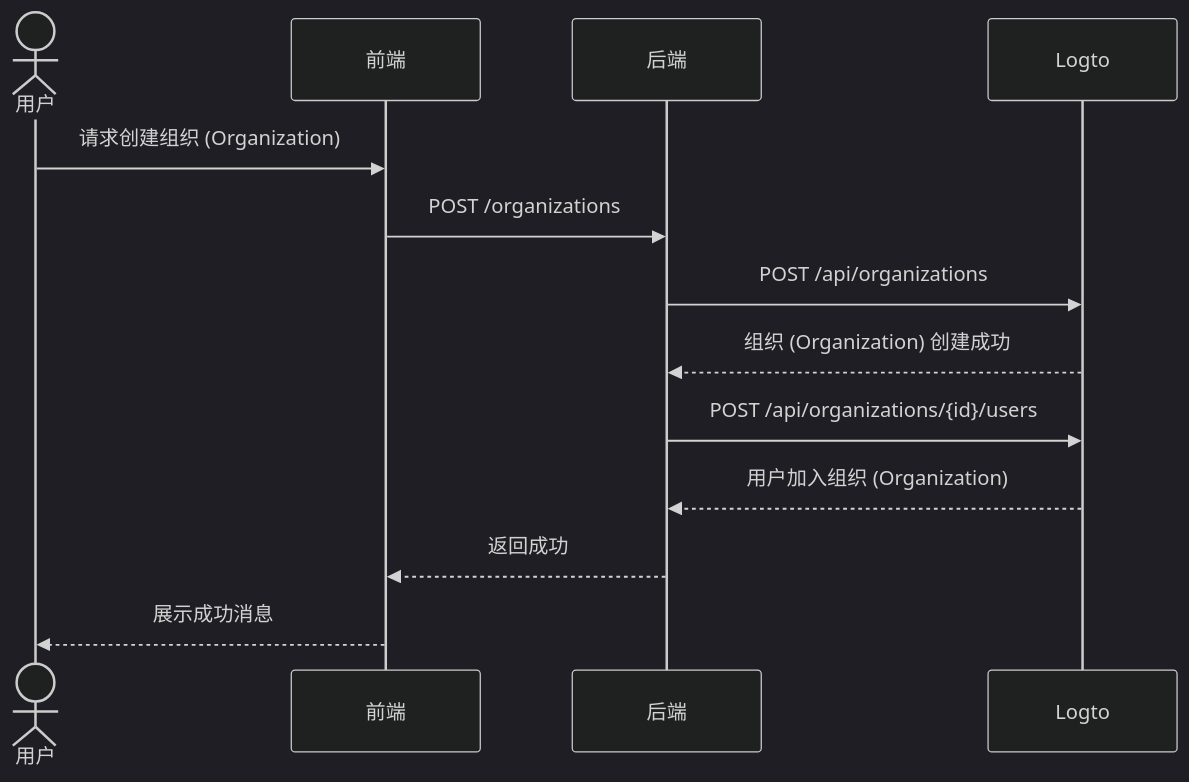
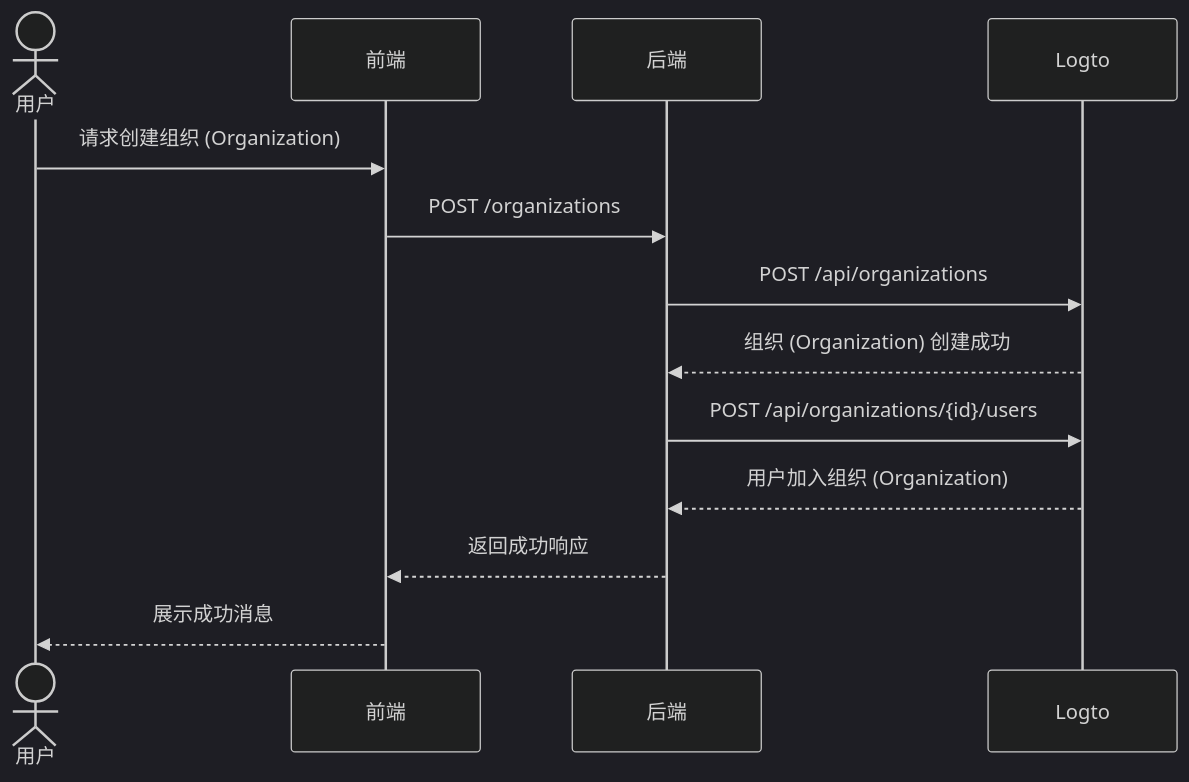
Before and after one commit to logto-io/docs: the seventh of 7 diagrams in i18n/zh-CN/docusaurus-plugin-content-docs/current/use-cases/multi-tenancy/build-multi-tenant-saas-application.mdx, drawn with Mermaid (dark theme). The commit also changed other lines of this file and 666 other files, not shown here.

````diff
--- a/i18n/zh-CN/docusaurus-plugin-content-docs/current/use-cases/multi-tenancy/build-multi-tenant-saas-application.mdx
+++ b/i18n/zh-CN/docusaurus-plugin-content-docs/current/use-cases/multi-tenancy/build-multi-tenant-saas-application.mdx
@@ -572,16 +572,16 @@
 ```mermaid
 sequenceDiagram
   actor A as 用户
   participant B as 前端
   participant C as 后端
   participant D as Logto
 
   A->>B: 请求创建组织 (Organization)
   B->>C: POST /organizations
   C->>D: POST /api/organizations
   D-->>C: 组织 (Organization) 创建成功
   C->>D: POST /api/organizations/{id}/users
   D-->>C: 用户加入组织 (Organization)
-  C-->>B: 返回成功
+  C-->>B: 返回成功响应
   B-->>A: 展示成功消息
 ```
````
